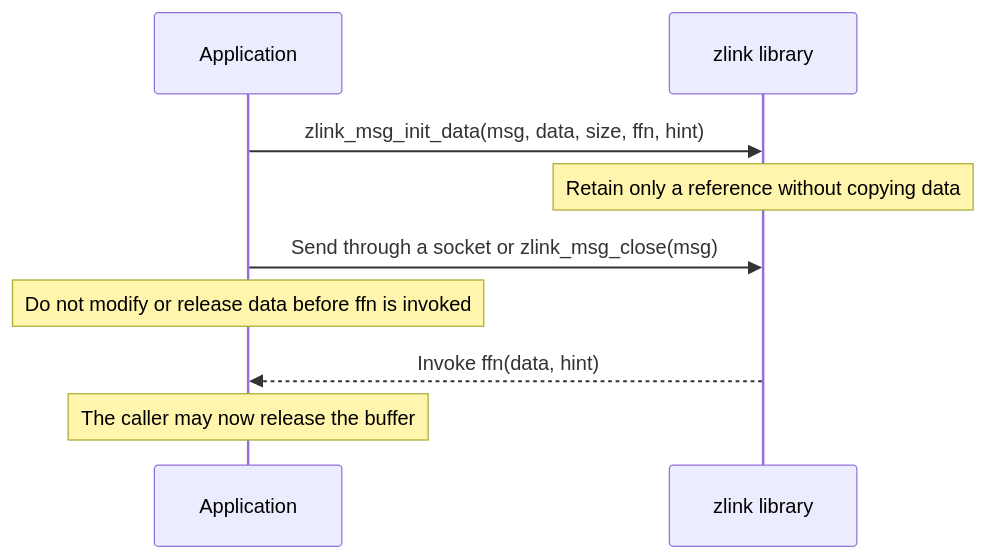
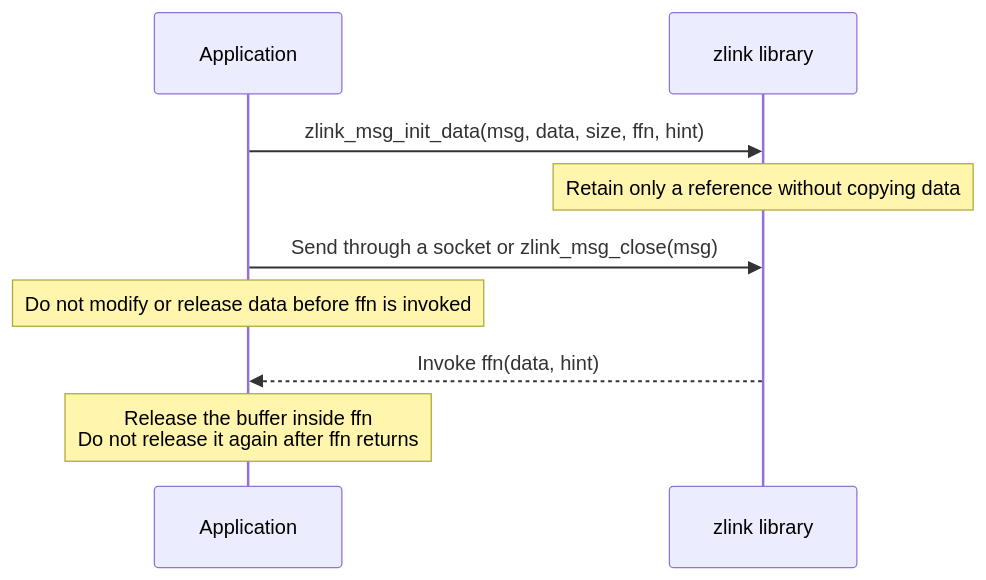
Before and after one commit to zlink-systems/zlink: the diagram in core/doc/spec/core/02-message.en.md, drawn with Mermaid. The commit also changed other lines of this file and 102 other files, not shown here.

````diff
--- a/core/doc/spec/core/02-message.en.md
+++ b/core/doc/spec/core/02-message.en.md
@@ -60,11 +64,11 @@
 ```mermaid
 sequenceDiagram
     participant App as Application
     participant Lib as zlink library
     App->>Lib: zlink_msg_init_data(msg, data, size, ffn, hint)
     Note over Lib: Retain only a reference without copying data
     App->>Lib: Send through a socket or zlink_msg_close(msg)
     Note over App: Do not modify or release data before ffn is invoked
     Lib-->>App: Invoke ffn(data, hint)
-    Note over App: The caller may now release the buffer
+    Note over App: Release the buffer inside ffn<br/>Do not release it again after ffn returns
 ```
````
